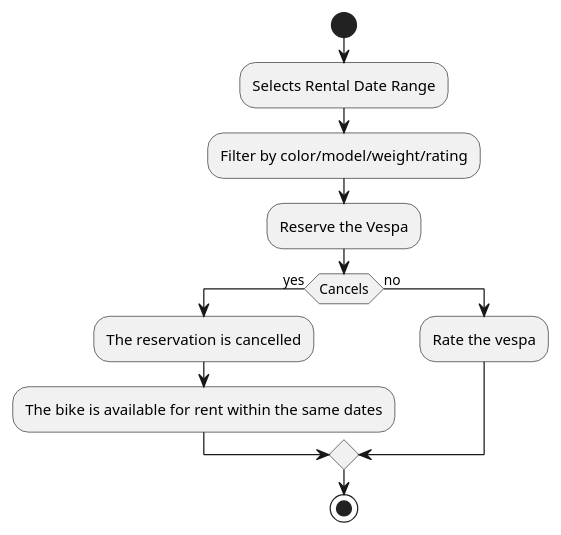
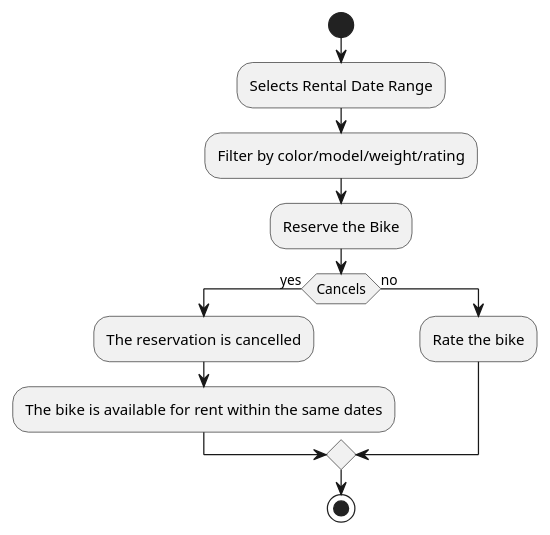
One commit to DeVuDeveloper/booking changed the diagram in diagrams/user_activity.puml. Above: the diagram before and after it, drawn with PlantUML. The commit also changed 305 other files, not shown here.

```diff
--- a/diagrams/user_activity.puml
+++ b/diagrams/user_activity.puml
@@ -1,16 +1,16 @@
 @startuml
 start
 
 :Selects Rental Date Range;
 :Filter by color/model/weight/rating;
-:Reserve the Vespa;
+:Reserve the Bike;
 
 if (Cancels) then (yes)
   :The reservation is cancelled;
   :The bike is available for rent within the same dates;
 else (no)
-  :Rate the vespa;
+  :Rate the bike;
 endif
 
 stop
 @enduml
```
